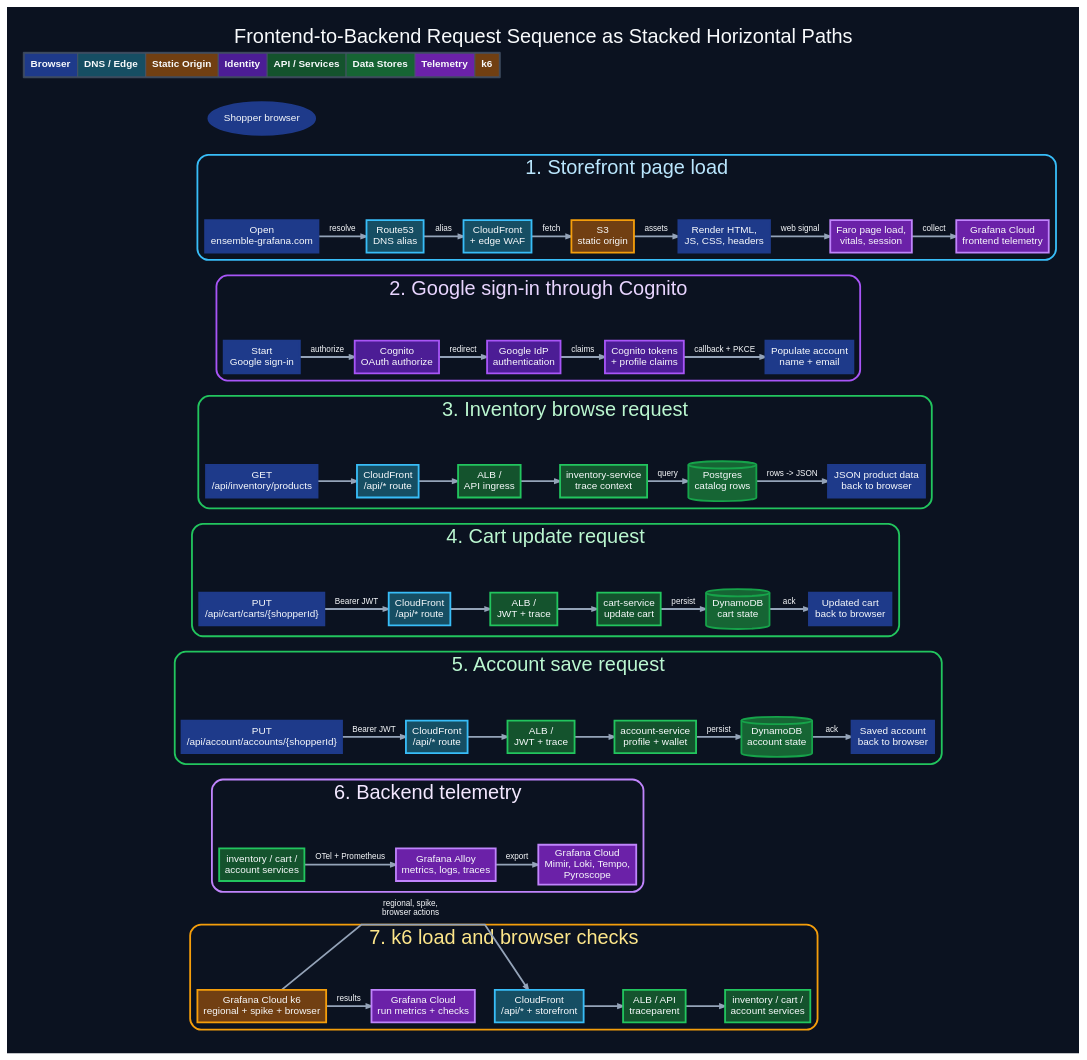
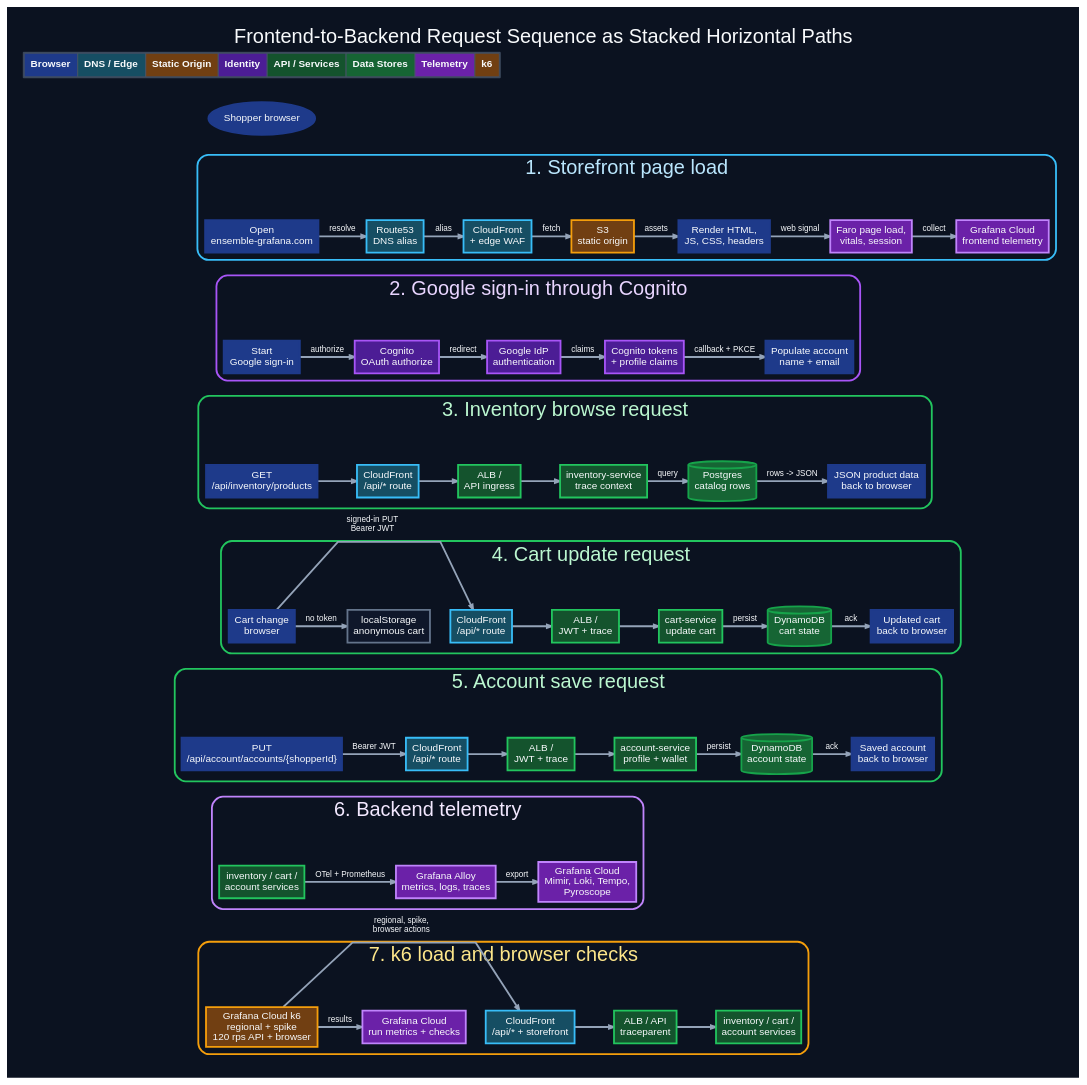
The second of 4 diagrams in DIAGRAMS.md (orenlion1/ensemble-retail), drawn with Graphviz before and after one commit. The commit also changed other lines of this file and 47 other files, not shown here.

Commit message:
Raise traffic spike load to 120 rps

```diff
--- a/DIAGRAMS.md
+++ b/DIAGRAMS.md
@@ -243,13 +243,15 @@
     color="#22c55e";
     fontcolor="#bbf7d0";
     style="rounded,setlinewidth(2)";
-    cart_browser [label="PUT\n/api/cart/carts/{shopperId}", fillcolor="#1e3a8a", color="#1e3a8a", group=c1];
+    cart_browser [label="Cart change\nbrowser", fillcolor="#1e3a8a", color="#1e3a8a", group=c1];
     cart_cf [label="CloudFront\n/api/* route", fillcolor="#164e63", color="#38bdf8", group=c2];
     cart_api [label="ALB /\nJWT + trace", fillcolor="#14532d", color="#22c55e", group=c3];
     cart_service [label="cart-service\nupdate cart", fillcolor="#14532d", color="#22c55e", group=c4];
     cart_db [label="DynamoDB\ncart state", shape=cylinder, fillcolor="#166534", color="#16a34a", group=c5];
     cart_response [label="Updated cart\nback to browser", fillcolor="#1e3a8a", color="#1e3a8a", group=c6];
-    cart_browser -> cart_cf [label="Bearer JWT"];
+    cart_local [label="localStorage\nanonymous cart", fillcolor="#0f172a", color="#64748b", group=c2];
+    cart_browser -> cart_local [label="no token"];
+    cart_browser -> cart_cf [label="signed-in PUT\nBearer JWT"];
     cart_cf -> cart_api;
     cart_api -> cart_service;
     cart_service -> cart_db [label="persist"];
@@ -294,7 +296,7 @@
     color="#f59e0b";
     fontcolor="#fde68a";
     style="rounded,setlinewidth(2)";
-    k6_runner [label="Grafana Cloud k6\nregional + spike + browser", fillcolor="#713f12", color="#f59e0b", group=c1];
+    k6_runner [label="Grafana Cloud k6\nregional + spike\n120 rps API + browser", fillcolor="#713f12", color="#f59e0b", group=c1];
     k6_cf [label="CloudFront\n/api/* + storefront", fillcolor="#164e63", color="#38bdf8", group=c2];
     k6_api [label="ALB / API\ntraceparent", fillcolor="#14532d", color="#22c55e", group=c3];
     k6_services [label="inventory / cart /\naccount services", fillcolor="#14532d", color="#22c55e", group=c4];
```
